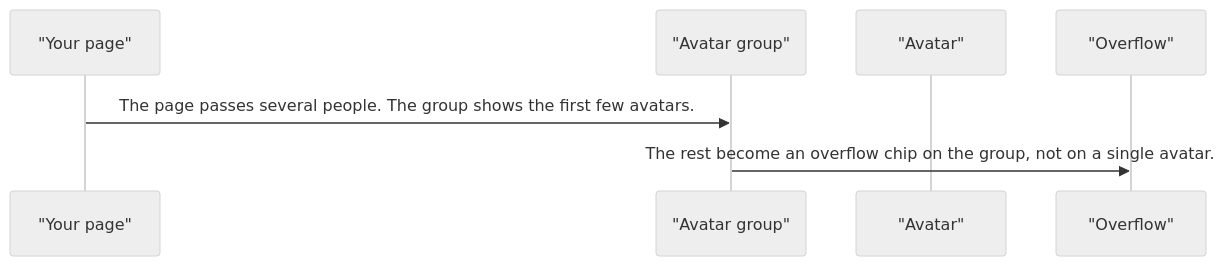
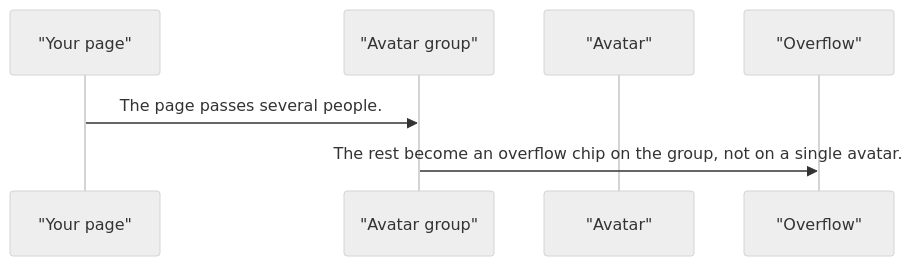
The fourth of 4 diagrams in projects/pixel-ui/src/lib/pixel-avatar/DESIGN.md (RajshekharBorate/pixel-ui), drawn with Mermaid (neutral theme) before and after one commit. The commit also changed other lines of this file and 80 other files, not shown here.

Commit message:
Fill missing design flows and correct the stories that did not match component behavior.

````diff
--- a/projects/pixel-ui/src/lib/pixel-avatar/DESIGN.md
+++ b/projects/pixel-ui/src/lib/pixel-avatar/DESIGN.md
@@ -76,9 +78,9 @@
 ```mermaid
 sequenceDiagram
   participant page as "Your page"
   participant group as "Avatar group"
   participant avatar as "Avatar"
   participant more as "Overflow"
-  page->>group: The page passes several people. The group shows the first few avatars.
+  page->>group: The page passes several people.
   group->>more: The rest become an overflow chip on the group, not on a single avatar.
 ```
````
